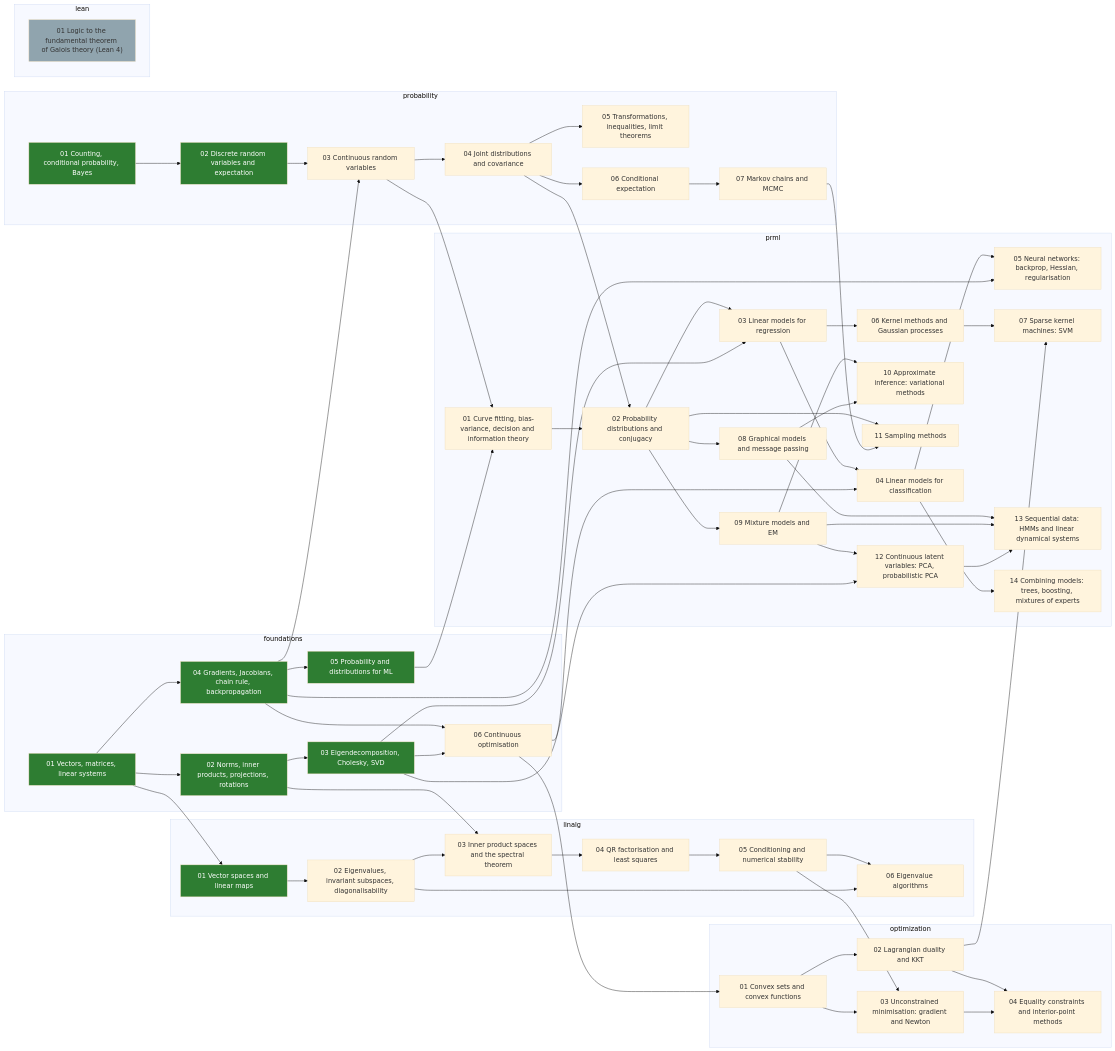
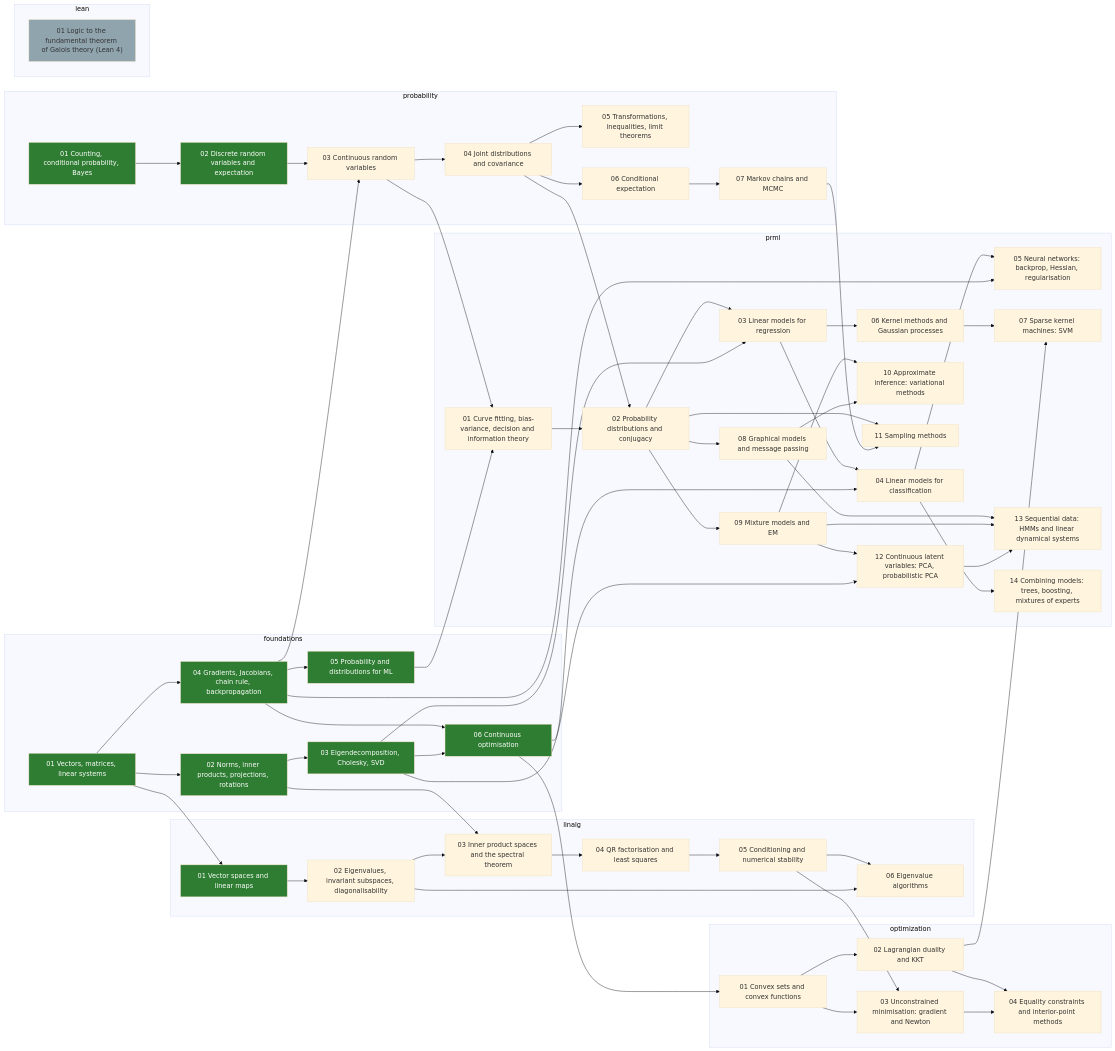
Before and after one commit to alektebel/learn-stuff-from-scratch: the diagram in skill-tree/README.md, drawn with Mermaid (base theme). The commit also changed other lines of this file and 8 other files, not shown here.

First line of the commit message:
math: build foundations-06-optimization

```diff
--- a/skill-tree/README.md
+++ b/skill-tree/README.md
@@ -75,7 +75,7 @@
     foundations-03-matrix-decompositions["03 Eigendecomposition, Cholesky, SVD"]:::done
     foundations-04-vector-calculus["04 Gradients, Jacobians, chain rule, backpropagation"]:::done
     foundations-05-probability["05 Probability and distributions for ML"]:::done
-    foundations-06-optimization["06 Continuous optimisation"]
+    foundations-06-optimization["06 Continuous optimisation"]:::done
   end
   subgraph linalg
     linalg-01-vector-spaces["01 Vector spaces and linear maps"]:::done
```
